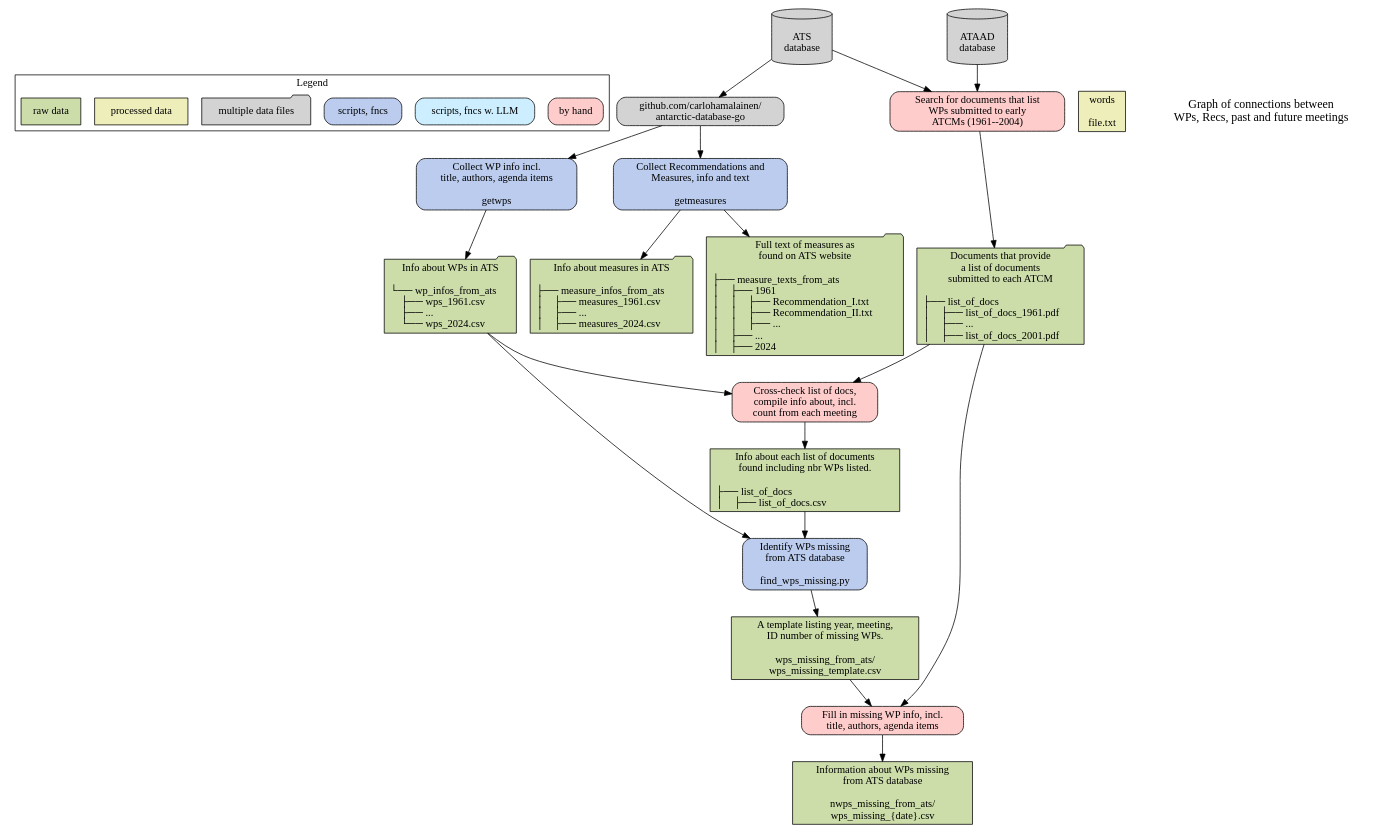
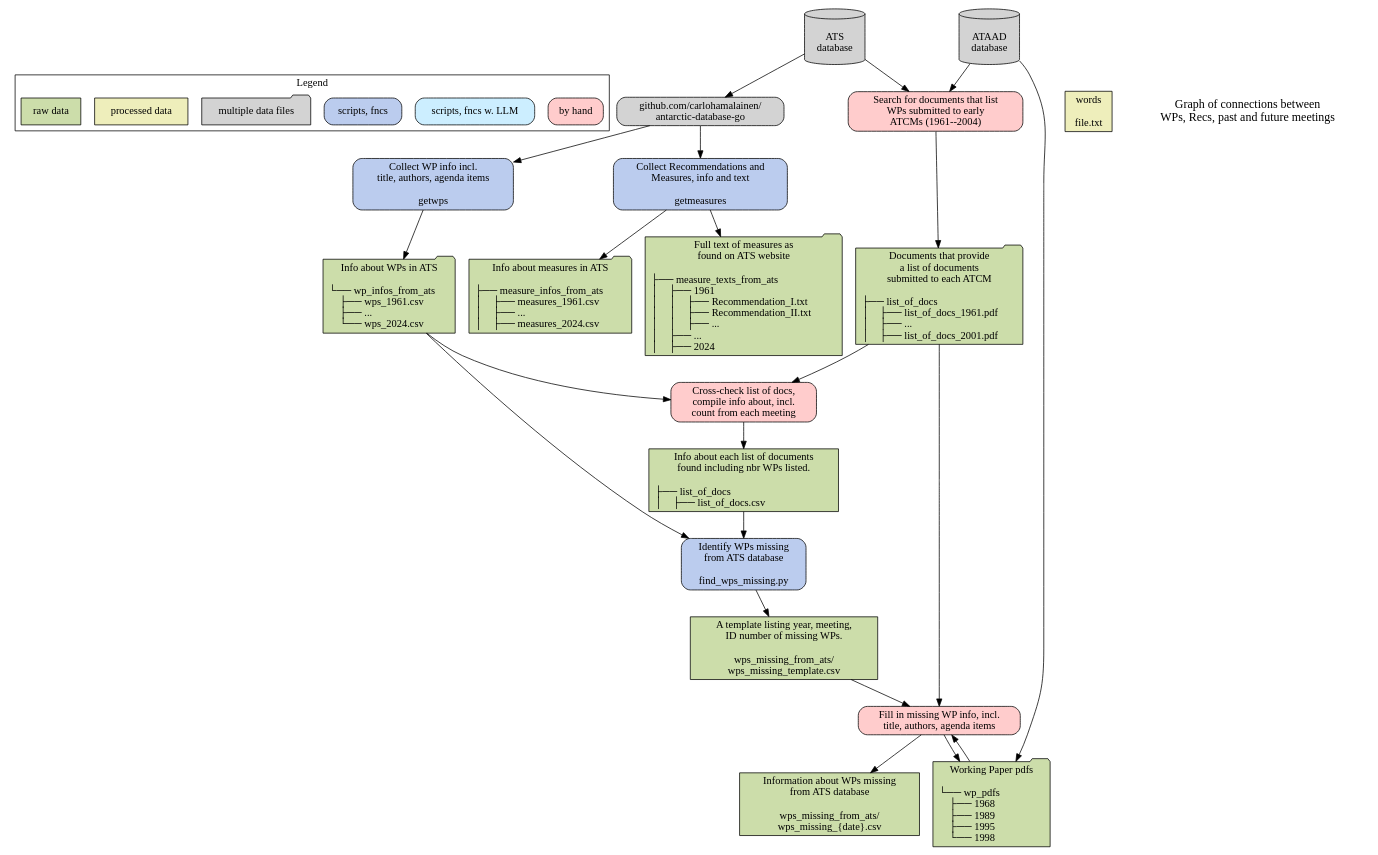
Before and after one commit to nadiahpk/antarctic-treaty-system-investigation: the diagram in docs/data_raw/data_raw.dot, drawn with Graphviz. The commit also changed 6 other files, not shown here.

Commit message:
more missing-WP details from pdfs on ATAAD

```diff
--- a/docs/data_raw/data_raw.dot
+++ b/docs/data_raw/data_raw.dot
@@ -1,73 +1,76 @@
 digraph {
 	graph [rankdir=TD];
 	node [label="\N", shape=rectangle, color="black"];
 
     // legend - separate out at end
     subgraph cluster_legend {
         label="Legend";
         leg3 [label="by hand", fillcolor="#ffcccc", style="rounded, filled"];
         leg5 [label="scripts, fncs w. LLM", fillcolor="#cceeff", style="rounded, filled"];
         leg2 [label="scripts, fncs", fillcolor="#bbccee", style="rounded, filled"];
         leg4 [label="multiple data files", fillcolor="lightgray", style="filled", shape=folder];
         leg1 [label="processed data", fillcolor="#eeeebb", style="filled"];
         leg0 [label="raw data", fillcolor="#ccddaa", style="filled"];
     }
 
     // nodes
     { // databases
         node [fillcolor="lightgray", style="filled", shape="cylinder"];
         ATS [label="\nATS\ndatabase"];
         ATAAD [label="\nATAAD\ndatabase"];
         {rank="source" ATS ATAAD};
     }
     { // Carlo's package
         node [style="rounded, filled", fillcolor="lightgray"];
         adg [label="github.com/carlohamalainen/\nantarctic-database-go"];
     }
     { // scripts and functions
         node [style="rounded, filled"];
         { // No LLM
             node [fillcolor="#bbccee"];
             getwps [label="Collect WP info incl.\ntitle, authors, agenda items\n\ngetwps"];
             getmeasures [label="Collect Recommendations and\nMeasures, info and text\n\ngetmeasures"];
             find_wps_missing [label="Identify WPs missing\nfrom ATS database\n\nfind_wps_missing.py"];
         }
         { // LLM
             node [fillcolor="#cceeff"];
         }
     { // raw data
         node [fillcolor="#ccddaa", style="filled"];
         wp_infos_ats [label="Info about WPs in ATS\n\l└── wp_infos_from_ats\l     ├── wps_1961.csv\l     ├── ...\l     └── wps_2024.csv\l",shape="folder"];
         measure_infos_ats [label="Info about measures in ATS\n\l├── measure_infos_from_ats\l│    ├── measures_1961.csv\l│    ├── ...\l│    ├── measures_2024.csv\l",shape="folder"];
         measure_texts_ats [label="Full text of measures as\n found on ATS website\n\l├── measure_texts_from_ats\l│    ├── 1961\l│    │    ├── Recommendation_I.txt\l│    │    ├── Recommendation_II.txt\l│    │    ├── ...\l│    ├── ...\l│    ├── 2024\l",shape="folder"];
         list_of_docs_pdf [label="Documents that provide\na list of documents\nsubmitted to each ATCM\n\l├── list_of_docs\l│    ├── list_of_docs_1961.pdf\l│    ├── ...\l│    ├── list_of_docs_2001.pdf\l",shape="folder"];
         list_of_docs_csv [label="Info about each list of documents\nfound including nbr WPs listed.\n\n├── list_of_docs\l│    ├── list_of_docs.csv\l"];
         wps_missing_template [label="A template listing year, meeting,\nID number of missing WPs.\n\nwps_missing_from_ats/\nwps_missing_template.csv"];
-        wps_missing_csv [label="Information about WPs missing\nfrom ATS database\n\nnwps_missing_from_ats/\nwps_missing_{date}.csv"];
+        wps_missing_csv [label="Information about WPs missing\nfrom ATS database\n\nwps_missing_from_ats/\nwps_missing_{date}.csv"];
+        wp_pdfs [label="Working Paper pdfs\n\n└── wp_pdfs\l     ├── 1968\l     ├── 1989\l     ├── 1995\l     └── 1998\l",shape="folder"];
     }
 
     { // processed-data nodes
         node [fillcolor="#eeeebb", style="filled"];
         node_name [label="words\n\nfile.txt"];
     }
     }
     { // by hand
         node [fillcolor="#ffcccc", style="rounded, filled"];
         search_list_of_docs [label="Search for documents that list\nWPs submitted to early\nATCMs (1961--2004)"];
         read_list_of_docs [label="Cross-check list of docs,\ncompile info about, incl.\ncount from each meeting"];
         fill_in_missing_wps [label="Fill in missing WP info, incl.\ntitle, authors, agenda items"];
     }
     { // Result
         node [shape="plaintext"];
         dot_graph [label="Graph of connections between\n WPs, Recs, past and future meetings", fontsize="16"];
     }
 
     // connections
     ATS -> adg -> {getwps, getmeasures};
     getwps -> wp_infos_ats;
     getmeasures -> {measure_infos_ats, measure_texts_ats};
     {ATS, ATAAD} -> search_list_of_docs -> list_of_docs_pdf;
     {wp_infos_ats, list_of_docs_pdf} -> read_list_of_docs -> list_of_docs_csv;
     {wp_infos_ats, list_of_docs_csv} -> find_wps_missing -> wps_missing_template;
     {wps_missing_template, list_of_docs_pdf} -> fill_in_missing_wps -> wps_missing_csv;
+    fill_in_missing_wps -> wp_pdfs -> fill_in_missing_wps;
+    ATAAD -> wp_pdfs;
 }
```
